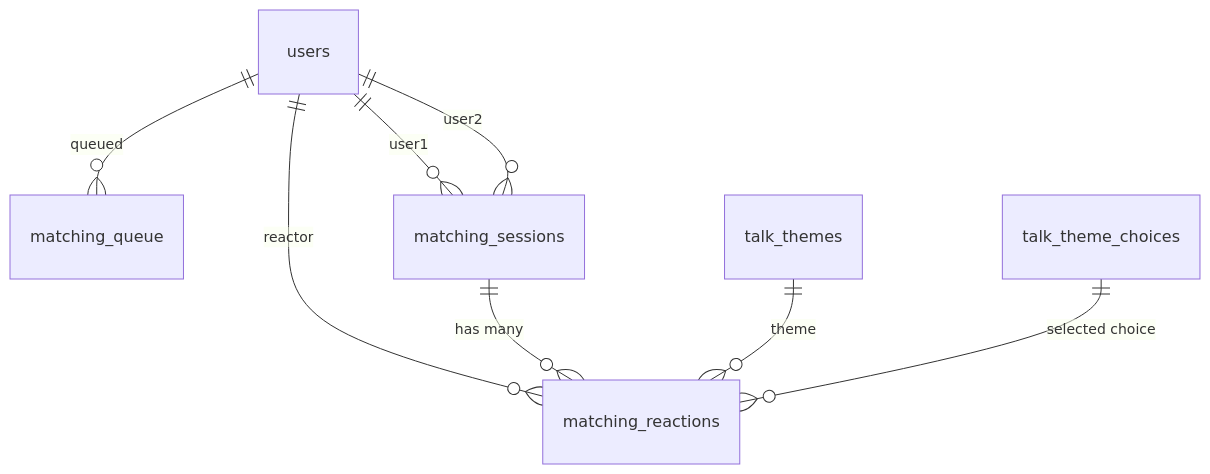
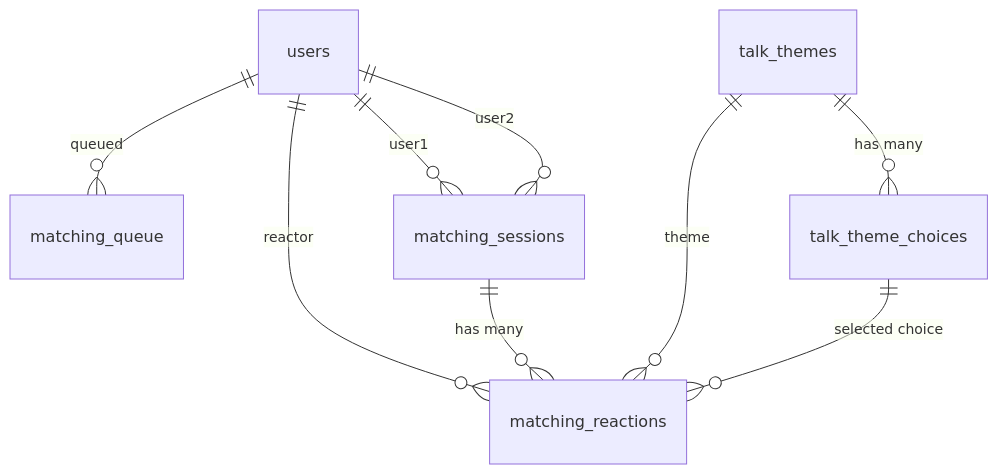
Before and after one commit to kentakki416/sns-battle: the first of 2 diagrams in docs/spec/matching/README.md, drawn with Mermaid. The commit also changed other lines of this file and 32 other files, not shown here.

````diff
--- a/docs/spec/matching/README.md
+++ b/docs/spec/matching/README.md
@@ -69,10 +81,11 @@
 ```mermaid
 erDiagram
     users ||--o{ matching_queue : "queued"
     users ||--o{ matching_sessions : "user1"
     users ||--o{ matching_sessions : "user2"
     users ||--o{ matching_reactions : "reactor"
     matching_sessions ||--o{ matching_reactions : "has many"
+    talk_themes ||--o{ talk_theme_choices : "has many"
     talk_themes ||--o{ matching_reactions : "theme"
     talk_theme_choices ||--o{ matching_reactions : "selected choice"
 ```
````
